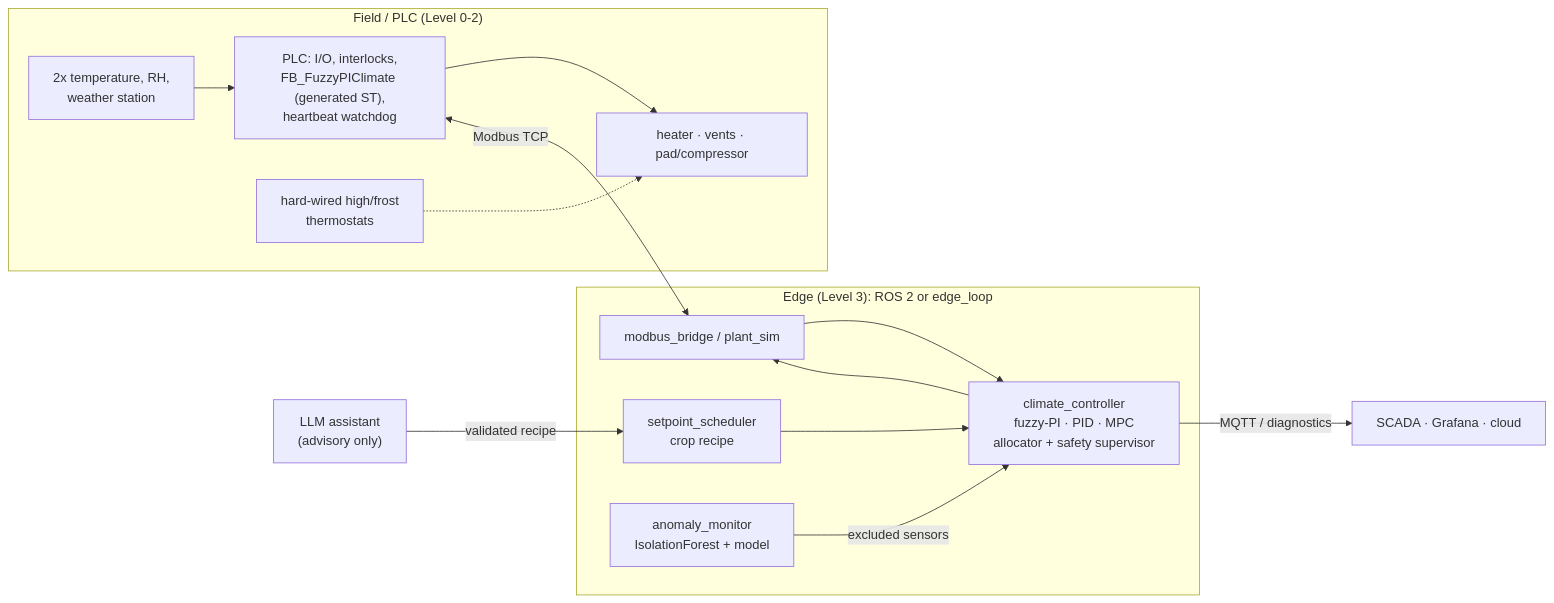
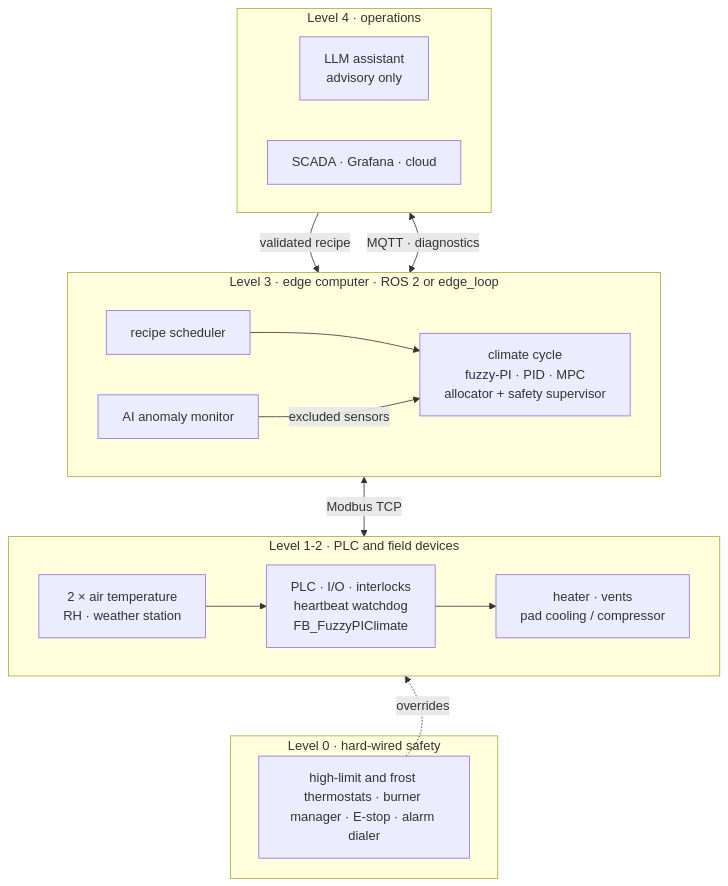
One commit to basheeraltawil/Temperature-control-using-fuzzy-logic changed the first of 12 diagrams in README.md. Above: the diagram before and after it, drawn with Mermaid. The commit also changed other lines of this file and 1 other file, not shown here.

First line of the commit message:
docs: explain the system with Mermaid diagrams

````diff
--- a/README.md
+++ b/README.md
@@ -24,17 +24,25 @@
 ```mermaid
-flowchart LR
-  subgraph Field["Field / PLC  (Level 0-2)"]
-    S["2x temperature, RH,<br/>weather station"] --> PLC
-    PLC["PLC: I/O, interlocks,<br/>FB_FuzzyPIClimate (generated ST),<br/>heartbeat watchdog"] --> A["heater · vents · pad/compressor"]
-    HW["hard-wired high/frost<br/>thermostats"] -.-> A
+flowchart TB
+  subgraph L4["Level 4 · operations"]
+    direction LR
+    LLM["LLM assistant<br/>advisory only"]
+    SCADA["SCADA · Grafana · cloud"]
   end
-  subgraph Edge["Edge (Level 3): ROS 2 or edge_loop"]
-    B[modbus_bridge / plant_sim] --> C
-    SCH[setpoint_scheduler<br/>crop recipe] --> C
-    AI[anomaly_monitor<br/>IsolationForest + model] -- excluded sensors --> C
-    C["climate_controller<br/>fuzzy-PI · PID · MPC<br/>allocator + safety supervisor"] --> B
+  subgraph L3["Level 3 · edge computer · ROS 2 or edge_loop"]
+    direction LR
+    SCH["recipe scheduler"] --> RT["climate cycle<br/>fuzzy-PI · PID · MPC<br/>allocator + safety supervisor"]
+    AI["AI anomaly monitor"] -- "excluded sensors" --> RT
   end
-  PLC <-- "Modbus TCP" --> B
-  C -- "MQTT / diagnostics" --> SCADA["SCADA · Grafana · cloud"]
-  LLM["LLM assistant<br/>(advisory only)"] -- "validated recipe" --> SCH
+  subgraph L12["Level 1-2 · PLC and field devices"]
+    direction LR
+    S["2 × air temperature<br/>RH · weather station"] --> PLC["PLC · I/O · interlocks<br/>heartbeat watchdog<br/>FB_FuzzyPIClimate"] --> A["heater · vents<br/>pad cooling / compressor"]
+  end
+  subgraph L0["Level 0 · hard-wired safety"]
+    HW["high-limit and frost thermostats · burner manager · E-stop · alarm dialer"]
+  end
+  LLM -- "validated recipe" --> SCH
+  SCADA <-- "MQTT · diagnostics" --> RT
+  RT <-- "Modbus TCP" --> PLC
+  L12 ~~~ L0
+  HW -. "overrides" .-> A
 ```
````
